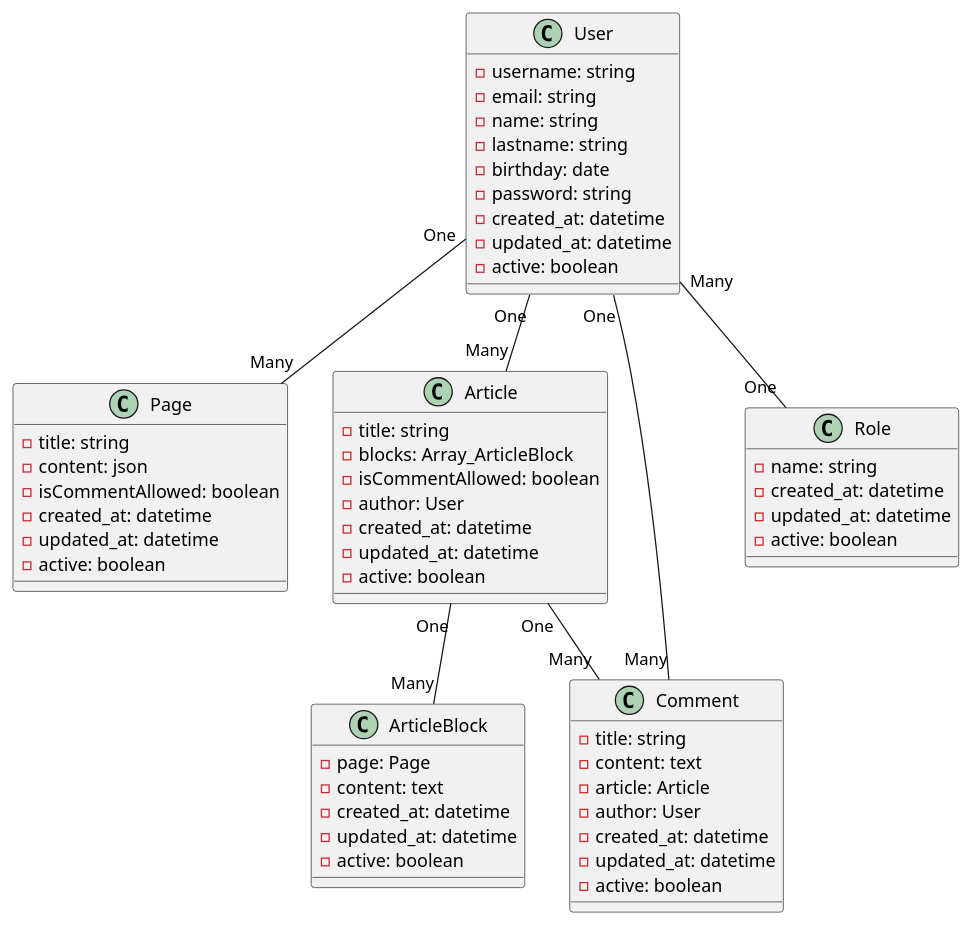
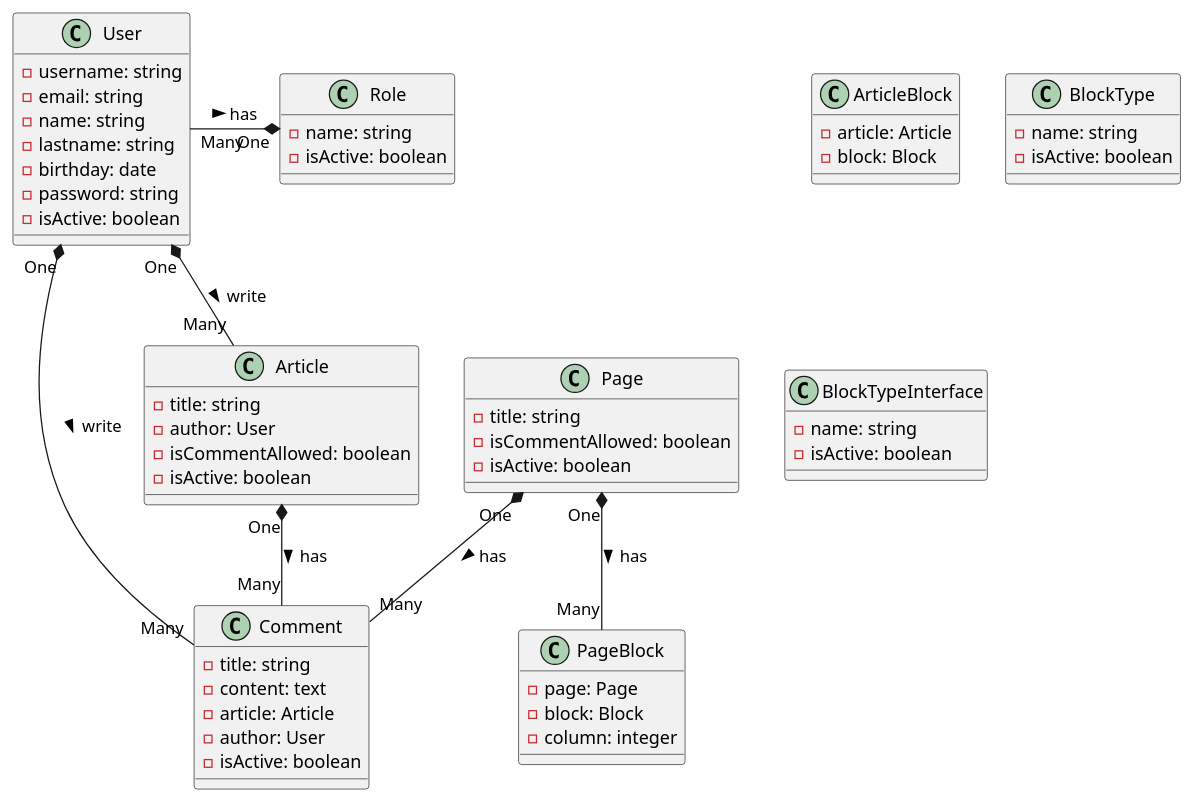
One commit to RomPiot/clean-architecture-symfony changed the diagram in class-diagram.puml. Above: the diagram before and after it, drawn with PlantUML. The commit also changed 4 other files, not shown here.

Commit message:
WIP diagram

```diff
--- a/class-diagram.puml
+++ b/class-diagram.puml
@@ -4,79 +4,73 @@
 @startuml class-diagram
 
 ' Entities
 
 class Page {
     - title: string
-    - content: json
     - isCommentAllowed: boolean
-    - created_at: datetime
-    - updated_at: datetime
-    - active: boolean
+    - isActive: boolean
 }
-
 
 class Article {
     - title: string
-    - blocks: Array_ArticleBlock
+    - author: User
     - isCommentAllowed: boolean
-    - author: User
-    - created_at: datetime
-    - updated_at: datetime
-    - active: boolean
+    - isActive: boolean
+}
+
+class PageBlock {
+    - page: Page
+    - block: Block
+    - column: integer
 }
 
 class ArticleBlock {
-    - page: Page
-    - content: text
-    - created_at: datetime
-    - updated_at: datetime
-    - active: boolean
+    - article: Article
+    - block: Block
 }
 
+class BlockType {
+    - name: string
+    - isActive: boolean
+}
+
+class BlockTypeInterface {
+    - name: string
+    - isActive: boolean
+}
 
 class Comment {
     - title: string
     - content: text
     - article: Article
     - author: User
-    - created_at: datetime
-    - updated_at: datetime
-    - active: boolean
+    - isActive: boolean
 }
 
 class User {
     - username: string
     - email: string
     - name: string
     - lastname: string
     - birthday: date
     - password: string
-    - created_at: datetime
-    - updated_at: datetime
-    - active: boolean
+    - isActive: boolean
 }
 
 class Role {
     - name: string
-    - created_at: datetime
-    - updated_at: datetime
-    - active: boolean
+    - isActive: boolean
 }
 
 ' Relations
-Article "One" -- "Many" Comment
-User "One" -- "Many" Article
-User "One" -- "Many" Comment
-User "Many" -- "One" Role
-User "One" -- "Many" Page
-Article "One" -- "Many" ArticleBlock
+Article "One" *-- "Many" Comment : has >
+Page "One" *-- "Many" Comment : has >
+User "One" *-- "Many" Article : write >
+User "One" *- "Many" Comment : write >
+User "Many" -* "One" Role : has >
+Page "One" *-- "Many" PageBlock : has >
+' Article "One" *-- "Many" Block : has >
+' Block "One" -- "One" BlockType
 
-' Example to extend
-' class Test extends Page {
-'     - field1: string
-'     # field2: text
-'     ~ method1()
-'     + method2()
-' }
 
 @enduml
```
